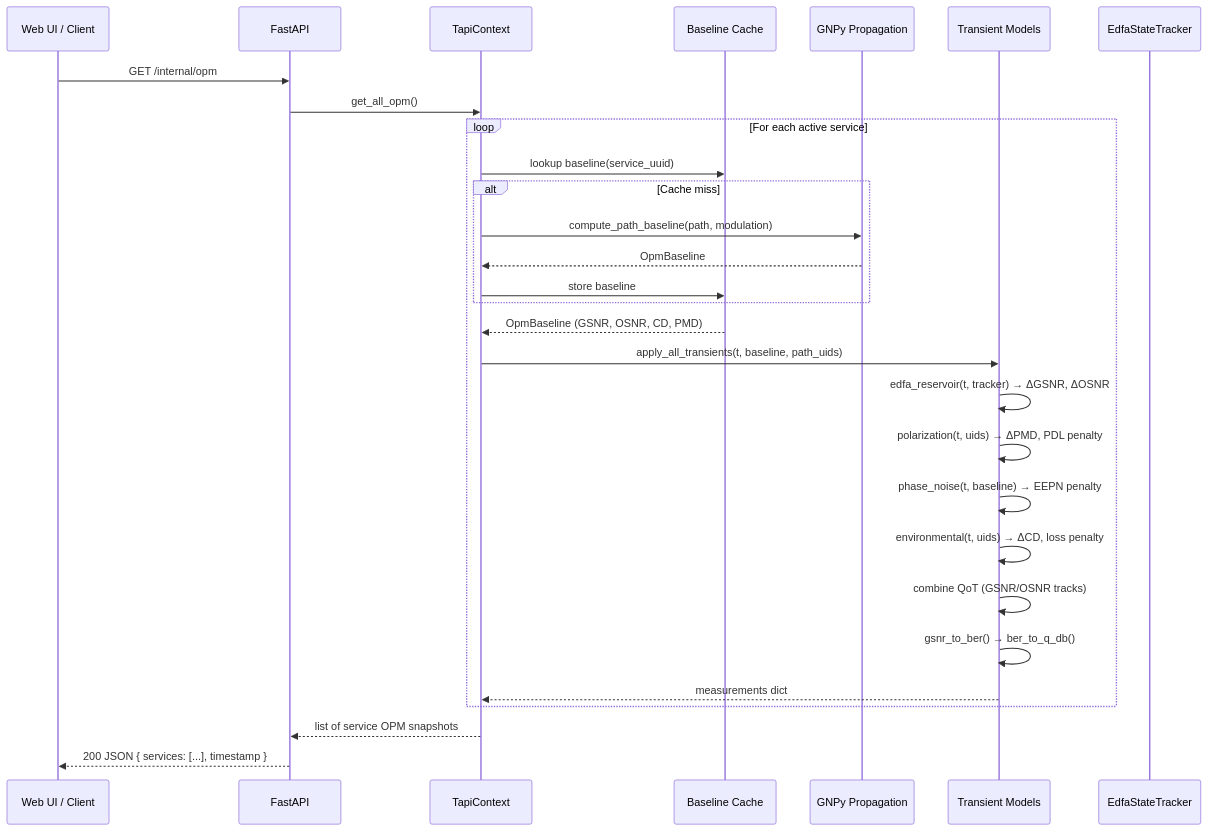
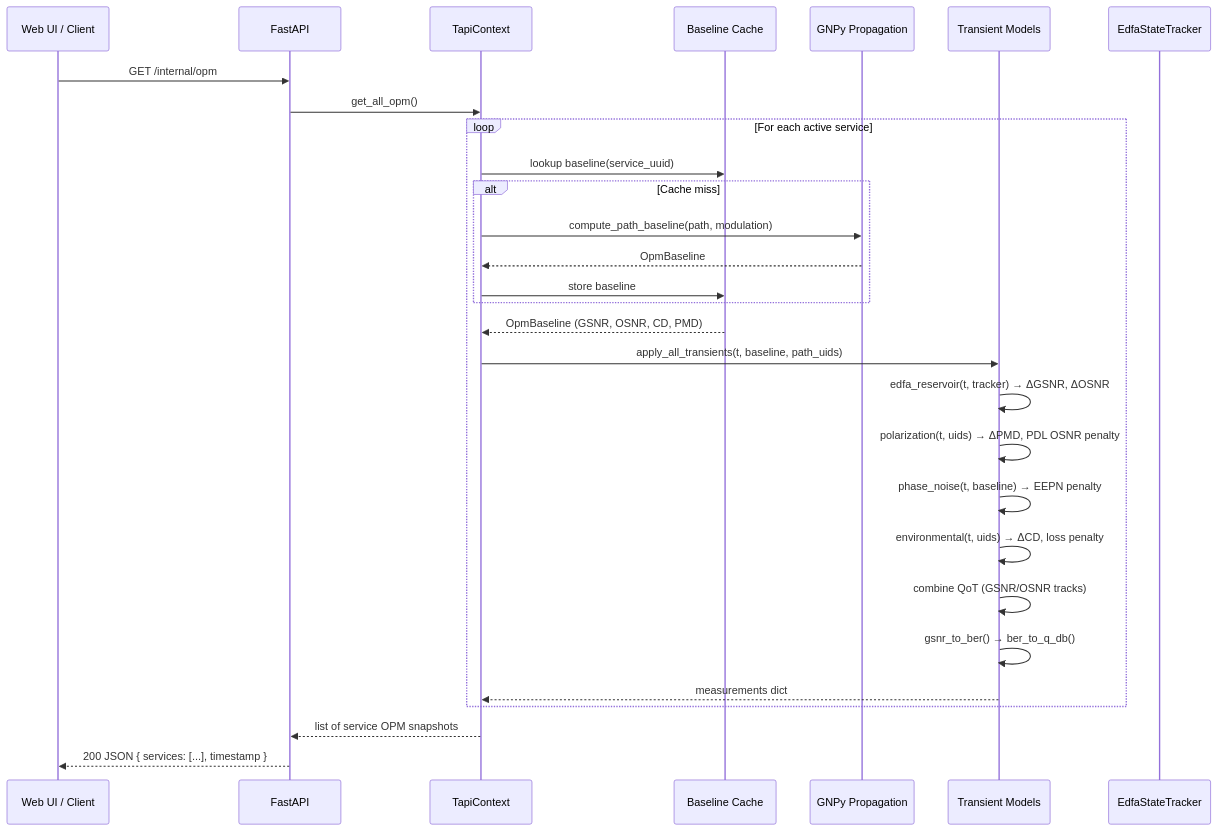
Before and after one commit to carlosnatalino/TwinLight: the second of 4 diagrams in docs/IMPLEMENTATION_PLAN.md, drawn with Mermaid. The commit also changed other lines of this file, not shown here.

````diff
--- a/docs/IMPLEMENTATION_PLAN.md
+++ b/docs/IMPLEMENTATION_PLAN.md
@@ -264,32 +264,32 @@
 ```mermaid
 sequenceDiagram
     participant UI as Web UI / Client
     participant API as FastAPI
     participant Ctx as TapiContext
     participant Cache as Baseline Cache
     participant GNPy as GNPy Propagation
     participant Trans as Transient Models
     participant Tracker as EdfaStateTracker
 
     UI->>API: GET /internal/opm
     API->>Ctx: get_all_opm()
     loop For each active service
         Ctx->>Cache: lookup baseline(service_uuid)
         alt Cache miss
             Ctx->>GNPy: compute_path_baseline(path, modulation)
             GNPy-->>Ctx: OpmBaseline
             Ctx->>Cache: store baseline
         end
         Cache-->>Ctx: OpmBaseline (GSNR, OSNR, CD, PMD)
         Ctx->>Trans: apply_all_transients(t, baseline, path_uids)
         Trans->>Trans: edfa_reservoir(t, tracker) → ΔGSNR, ΔOSNR
-        Trans->>Trans: polarization(t, uids) → ΔPMD, PDL penalty
+        Trans->>Trans: polarization(t, uids) → ΔPMD, PDL OSNR penalty
         Trans->>Trans: phase_noise(t, baseline) → EEPN penalty
         Trans->>Trans: environmental(t, uids) → ΔCD, loss penalty
         Trans->>Trans: combine QoT (GSNR/OSNR tracks)
         Trans->>Trans: gsnr_to_ber() → ber_to_q_db()
         Trans-->>Ctx: measurements dict
     end
     Ctx-->>API: list of service OPM snapshots
     API-->>UI: 200 JSON { services: [...], timestamp }
 ```
````
